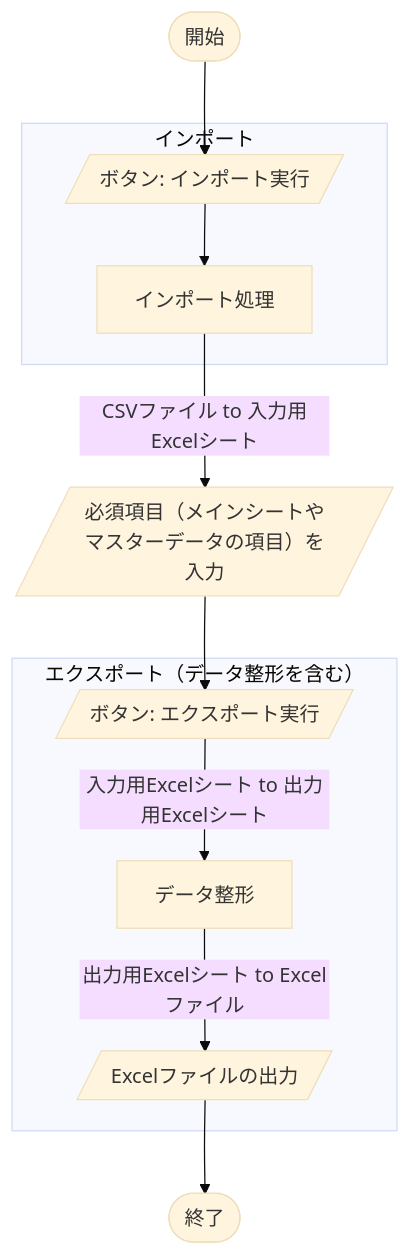
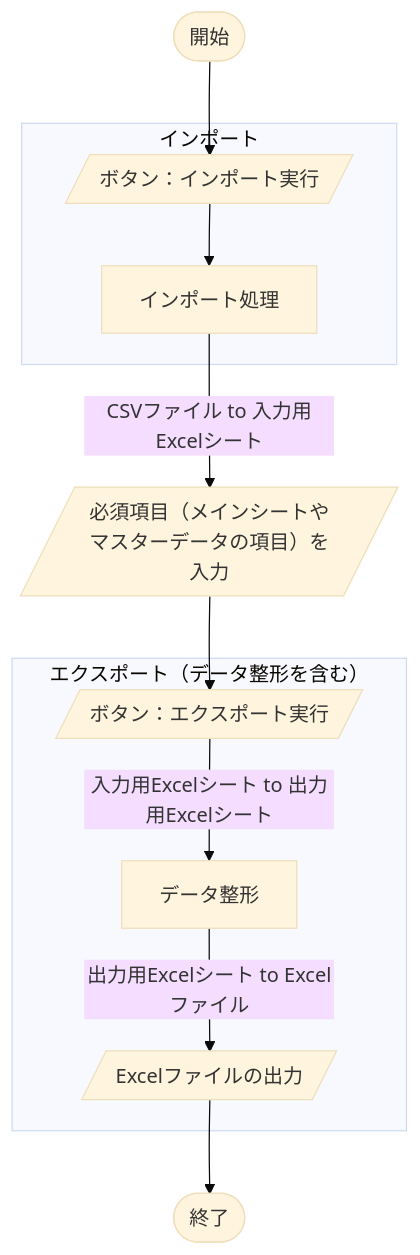
Before and after one commit to akiGAMEBOY/haretokidoki_zn: the diagram in articles/cb016a39a1562e.md, drawn with Mermaid (base theme). The commit also changed other lines of this file and 22 other files, not shown here.

````diff
--- a/articles/cb016a39a1562e.md
+++ b/articles/cb016a39a1562e.md
@@ -44,14 +44,14 @@
 ```mermaid
 flowchart TB
-    A(["開始"]) --> B[/"ボタン: インポート実行"/]
+    A(["開始"]) --> B[/"ボタン：インポート実行"/]
     subgraph "インポート"
     B --> C["インポート処理"]
     end
     C -->|"CSVファイル to 入力用Excelシート"| D[/"必須項目（メインシートやマスターデータの項目）を入力"/]
-    D --> E[/"ボタン: エクスポート実行"/]
+    D --> E[/"ボタン：エクスポート実行"/]
     subgraph "エクスポート（データ整形を含む）"
     E --> |"入力用Excelシート to 出力用Excelシート"| F["データ整形"]
     F --> |"出力用Excelシート to Excelファイル"| G[/"Excelファイルの出力"/]
     end
     G --> H(["終了"])
 ```
````
